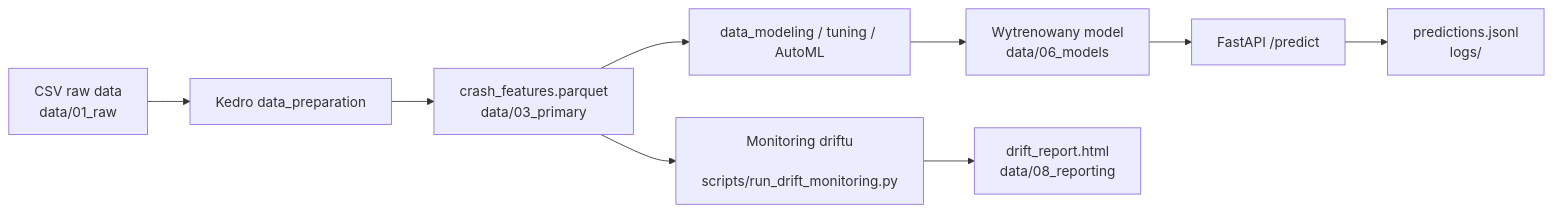
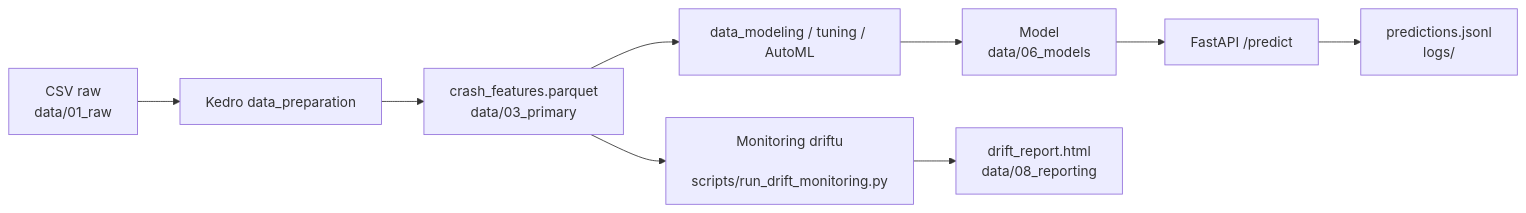
The diagram in docs/ARCHITECTURE.md (s19455/ASI-Analiza-wypadkow), drawn with Mermaid before and after one commit. The commit also changed other lines of this file and 6 other files, not shown here.

````diff
--- a/docs/ARCHITECTURE.md
+++ b/docs/ARCHITECTURE.md
@@ -11,11 +9,11 @@
 ```mermaid
 flowchart LR
-    A[CSV raw data\n data/01_raw] --> B[Kedro data_preparation]
+    A[CSV raw\n data/01_raw] --> B[Kedro data_preparation]
     B --> C[crash_features.parquet\n data/03_primary]
     C --> D[data_modeling / tuning / AutoML]
-    D --> E[Wytrenowany model\n data/06_models]
+    D --> E[Model\n data/06_models]
     E --> F[FastAPI /predict]
     F --> G[predictions.jsonl\n logs/]
     C --> H[Monitoring driftu\n scripts/run_drift_monitoring.py]
     H --> I[drift_report.html\n data/08_reporting]
 ```
````
